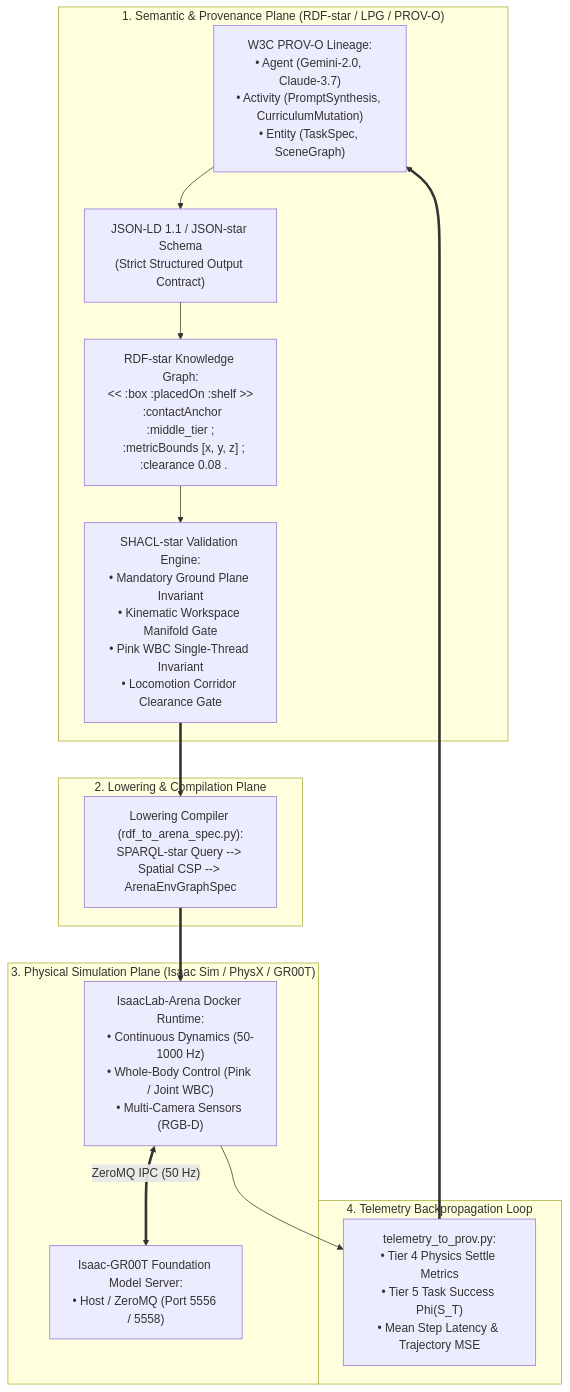
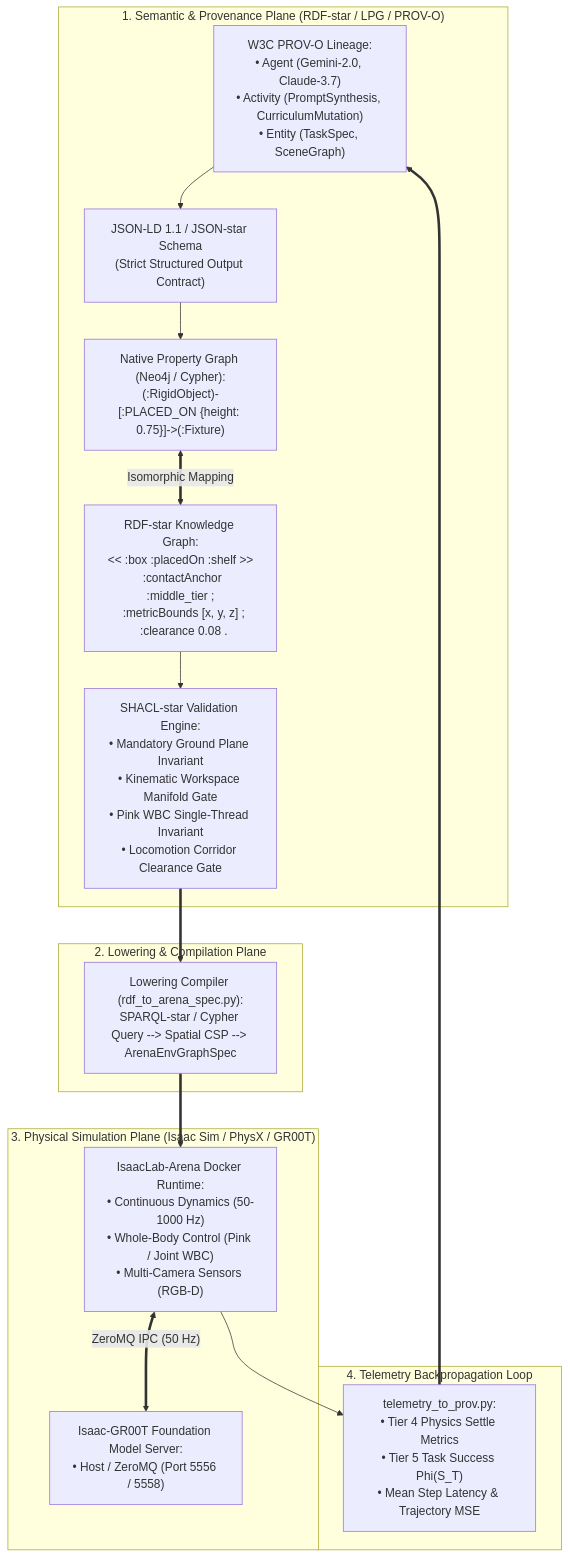
Before and after one commit to boredengineering/IsaacLab-Arena: the first of 6 diagrams in .agents/references/agentic_env_generation/rdf_star_lpg_provo_plan.md, drawn with Mermaid. The commit also changed other lines of this file, not shown here.

Commit message:
docs(agentic): add LPG cypher schema, MCP ecosystem, and skill integration plan

````diff
--- a/.agents/references/agentic_env_generation/rdf_star_lpg_provo_plan.md
+++ b/.agents/references/agentic_env_generation/rdf_star_lpg_provo_plan.md
@@ -16,29 +16,30 @@
 ```mermaid
 flowchart TD
     subgraph KNOWLEDGE_PLANE ["1. Semantic & Provenance Plane (RDF-star / LPG / PROV-O)"]
         PROV["W3C PROV-O Lineage:\n• Agent (Gemini-2.0, Claude-3.7)\n• Activity (PromptSynthesis, CurriculumMutation)\n• Entity (TaskSpec, SceneGraph)"]
         JSON_LD["JSON-LD 1.1 / JSON-star Schema\n(Strict Structured Output Contract)"]
+        LPG_STORE["Native Property Graph (Neo4j / Cypher):\n(:RigidObject)-[:PLACED_ON {height: 0.75}]->(:Fixture)"]
         RDF_STAR["RDF-star Knowledge Graph:\n<< :box :placedOn :shelf >>\n  :contactAnchor :middle_tier ;\n  :metricBounds [x, y, z] ;\n  :clearance 0.08 ."]
         SHACL["SHACL-star Validation Engine:\n• Mandatory Ground Plane Invariant\n• Kinematic Workspace Manifold Gate\n• Pink WBC Single-Thread Invariant\n• Locomotion Corridor Clearance Gate"]
         
-        PROV --> JSON_LD --> RDF_STAR --> SHACL
+        PROV --> JSON_LD --> LPG_STORE <== "Isomorphic Mapping" ==> RDF_STAR --> SHACL
     end
 
     subgraph COMPILER_PLANE ["2. Lowering & Compilation Plane"]
-        LOWER["Lowering Compiler (rdf_to_arena_spec.py):\nSPARQL-star Query --> Spatial CSP --> ArenaEnvGraphSpec"]
+        LOWER["Lowering Compiler (rdf_to_arena_spec.py):\nSPARQL-star / Cypher Query --> Spatial CSP --> ArenaEnvGraphSpec"]
         SHACL ==> LOWER
     end
 
     subgraph SIMULATION_PLANE ["3. Physical Simulation Plane (Isaac Sim / PhysX / GR00T)"]
         DOCKER_SIM["IsaacLab-Arena Docker Runtime:\n• Continuous Dynamics (50-1000 Hz)\n• Whole-Body Control (Pink / Joint WBC)\n• Multi-Camera Sensors (RGB-D)"]
         GR00T_SRV["Isaac-GR00T Foundation Model Server:\n• Host / ZeroMQ (Port 5556 / 5558)"]
         LOWER ==> DOCKER_SIM
         DOCKER_SIM <== "ZeroMQ IPC (50 Hz)" ==> GR00T_SRV
     end
 
     subgraph TELEMETRY_PLANE ["4. Telemetry Backpropagation Loop"]
         FEEDBACK["telemetry_to_prov.py:\n• Tier 4 Physics Settle Metrics\n• Tier 5 Task Success Phi(S_T)\n• Mean Step Latency & Trajectory MSE"]
         DOCKER_SIM --> FEEDBACK
         FEEDBACK ==> PROV
     end
 ```
````
